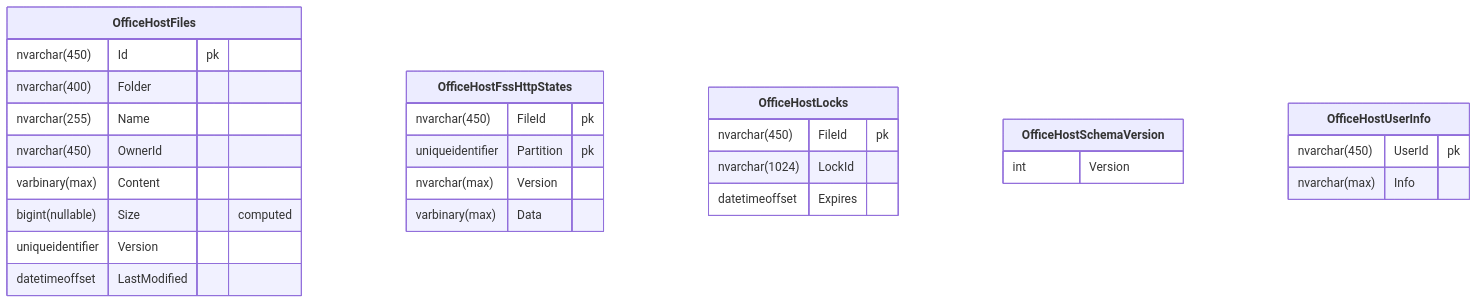
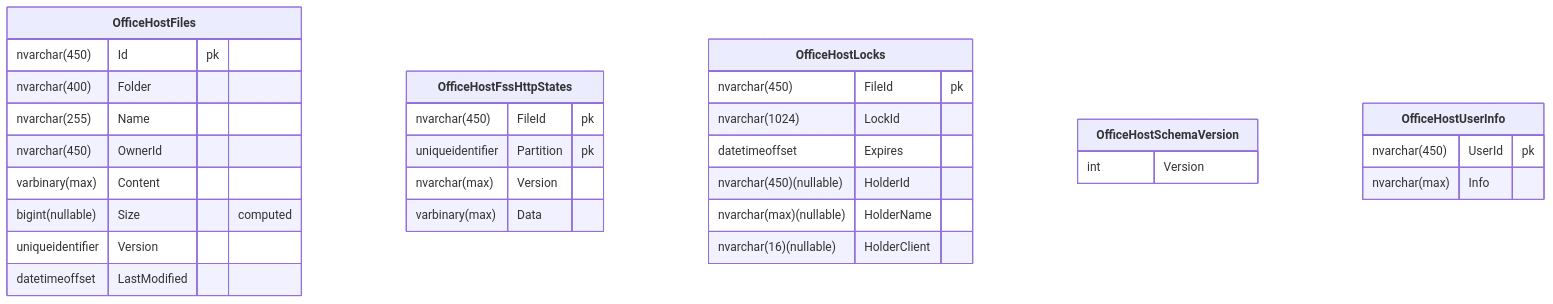
The diagram in docs/sqlserver-tables.include.md (Papyrine/OfficeHost), drawn with Mermaid before and after one commit. The commit also changed 22 other files, not shown here.

````diff
--- a/docs/sqlserver-tables.include.md
+++ b/docs/sqlserver-tables.include.md
@@ -2,31 +2,34 @@
 ```mermaid
 erDiagram
   OfficeHostFiles["**OfficeHostFiles**"] {
     nvarchar(450) Id pk
     nvarchar(400) Folder
     nvarchar(255) Name
     nvarchar(450) OwnerId
     varbinary(max) Content
     bigint(nullable) Size "computed"
     uniqueidentifier Version
     datetimeoffset LastModified
   }
   OfficeHostFssHttpStates["**OfficeHostFssHttpStates**"] {
     nvarchar(450) FileId pk
     uniqueidentifier Partition pk
     nvarchar(max) Version
     varbinary(max) Data
   }
   OfficeHostLocks["**OfficeHostLocks**"] {
     nvarchar(450) FileId pk
     nvarchar(1024) LockId
     datetimeoffset Expires
+    nvarchar(450)(nullable) HolderId
+    nvarchar(max)(nullable) HolderName
+    nvarchar(16)(nullable) HolderClient
   }
   OfficeHostSchemaVersion["**OfficeHostSchemaVersion**"] {
     int Version
   }
   OfficeHostUserInfo["**OfficeHostUserInfo**"] {
     nvarchar(450) UserId pk
     nvarchar(max) Info
   }
 ```
````
